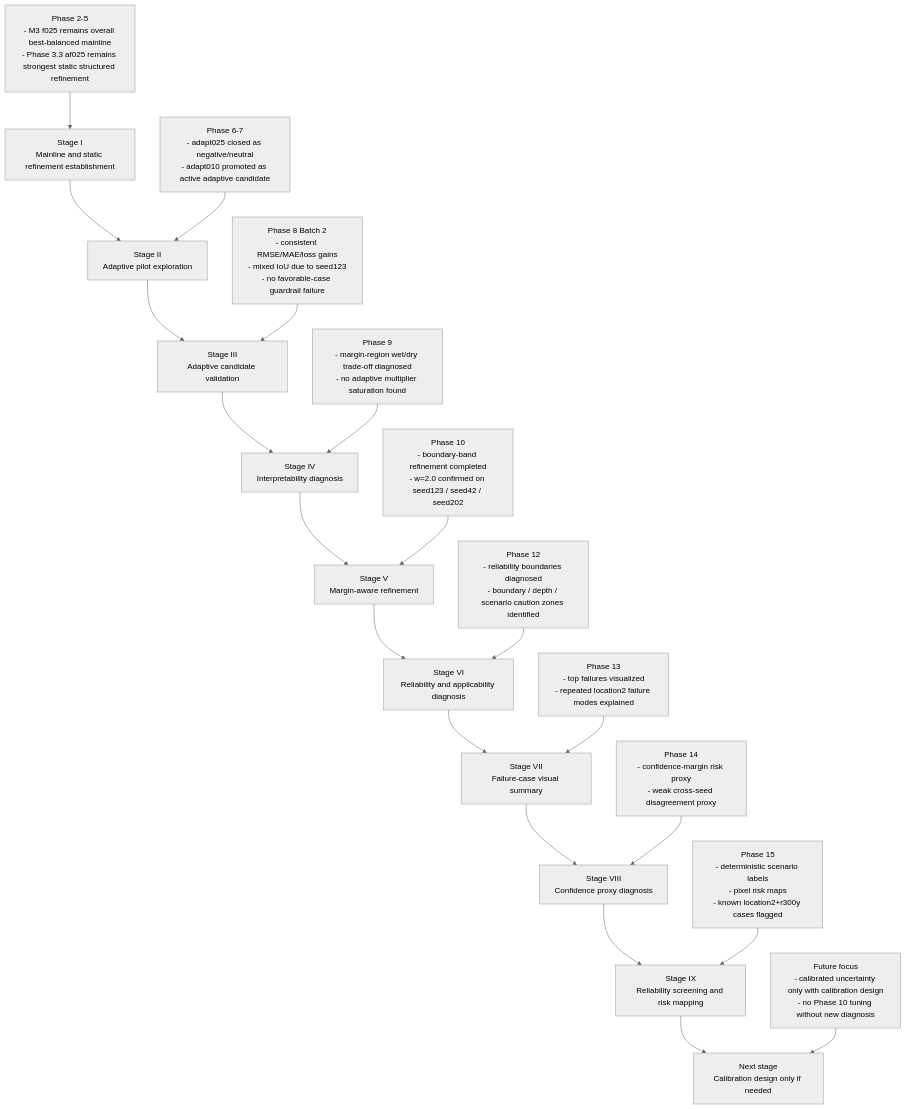
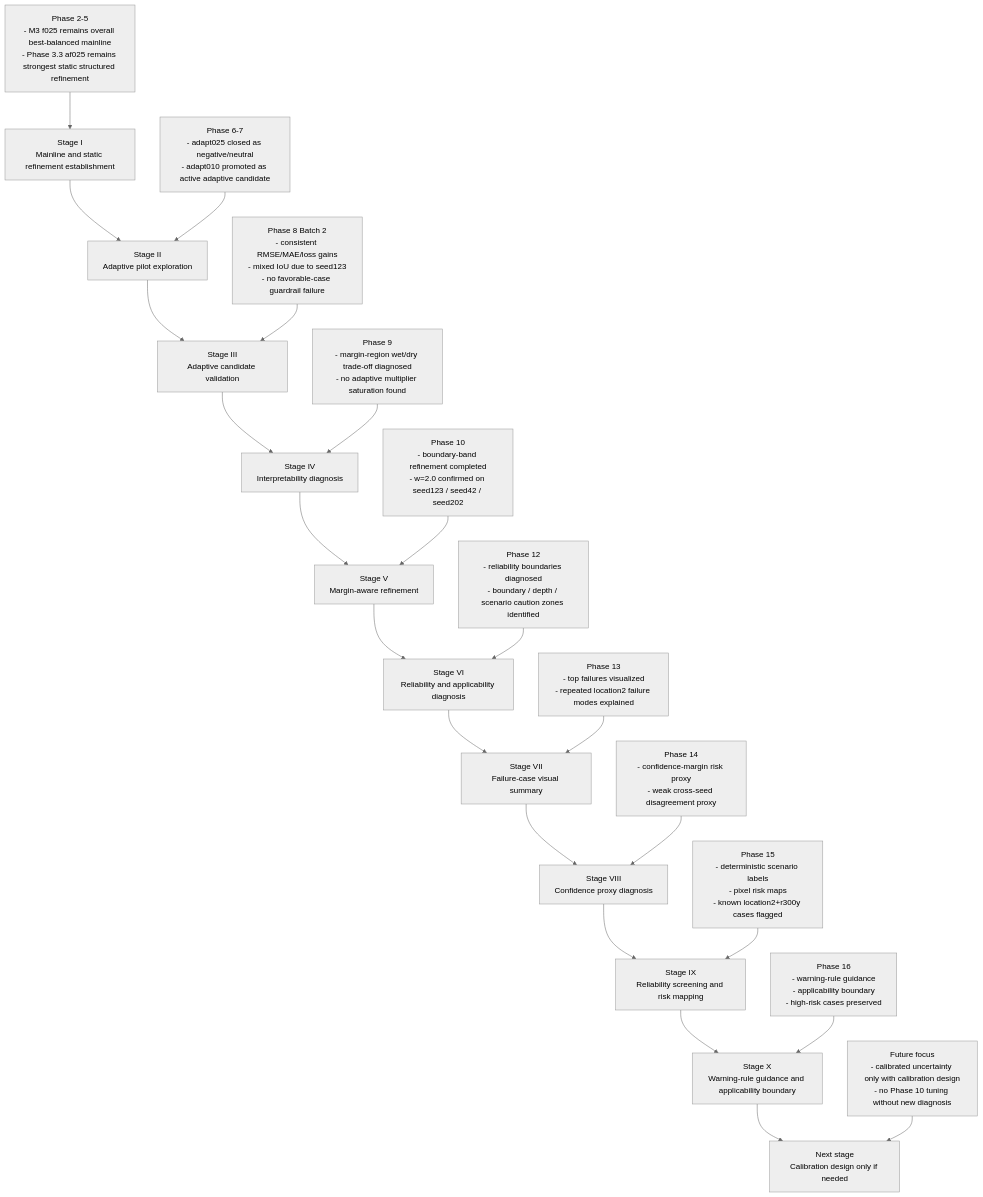
One commit to HolyLin990604/physics-guided-urban-flood-prediction changed the third of 3 diagrams in README.md. Above: the diagram before and after it, drawn with Mermaid (neutral theme). The commit also changed other lines of this file and 2 other files, not shown here.

Commit message:
docs: sync phase16 warning applicability status

````diff
--- a/README.md
+++ b/README.md
@@ -255,23 +291,25 @@
 ```mermaid
 flowchart TD
     A[Stage I<br/>Mainline and static refinement establishment] --> B[Stage II<br/>Adaptive pilot exploration]
     B --> C[Stage III<br/>Adaptive candidate validation]
     C --> D[Stage IV<br/>Interpretability diagnosis]
     D --> E[Stage V<br/>Margin-aware refinement]
     E --> F[Stage VI<br/>Reliability and applicability diagnosis]
     F --> G[Stage VII<br/>Failure-case visual summary]
     G --> H[Stage VIII<br/>Confidence proxy diagnosis]
     H --> I[Stage IX<br/>Reliability screening and risk mapping]
-    I --> J[Next stage<br/>Calibration design only if needed]
+    I --> J[Stage X<br/>Warning-rule guidance and applicability boundary]
+    J --> K[Next stage<br/>Calibration design only if needed]
 
     A1[Phase 2-5<br/>- M3 f025 remains overall best-balanced mainline<br/>- Phase 3.3 af025 remains strongest static structured refinement] --> A
     B1[Phase 6-7<br/>- adapt025 closed as negative/neutral<br/>- adapt010 promoted as active adaptive candidate] --> B
     C1[Phase 8 Batch 2<br/>- consistent RMSE/MAE/loss gains<br/>- mixed IoU due to seed123<br/>- no favorable-case guardrail failure] --> C
     D1[Phase 9<br/>- margin-region wet/dry trade-off diagnosed<br/>- no adaptive multiplier saturation found] --> D
     E1[Phase 10<br/>- boundary-band refinement completed<br/>- w=2.0 confirmed on seed123 / seed42 / seed202] --> E
     F1[Phase 12<br/>- reliability boundaries diagnosed<br/>- boundary / depth / scenario caution zones identified] --> F
     G1[Phase 13<br/>- top failures visualized<br/>- repeated location2 failure modes explained] --> G
     H1[Phase 14<br/>- confidence-margin risk proxy<br/>- weak cross-seed disagreement proxy] --> H
     I1[Phase 15<br/>- deterministic scenario labels<br/>- pixel risk maps<br/>- known location2+r300y cases flagged] --> I
-    J1[Future focus<br/>- calibrated uncertainty only with calibration design<br/>- no Phase 10 tuning without new diagnosis] --> J
+    J1[Phase 16<br/>- warning-rule guidance<br/>- applicability boundary<br/>- high-risk cases preserved] --> J
+    K1[Future focus<br/>- calibrated uncertainty only with calibration design<br/>- no Phase 10 tuning without new diagnosis] --> K
 ```
````
